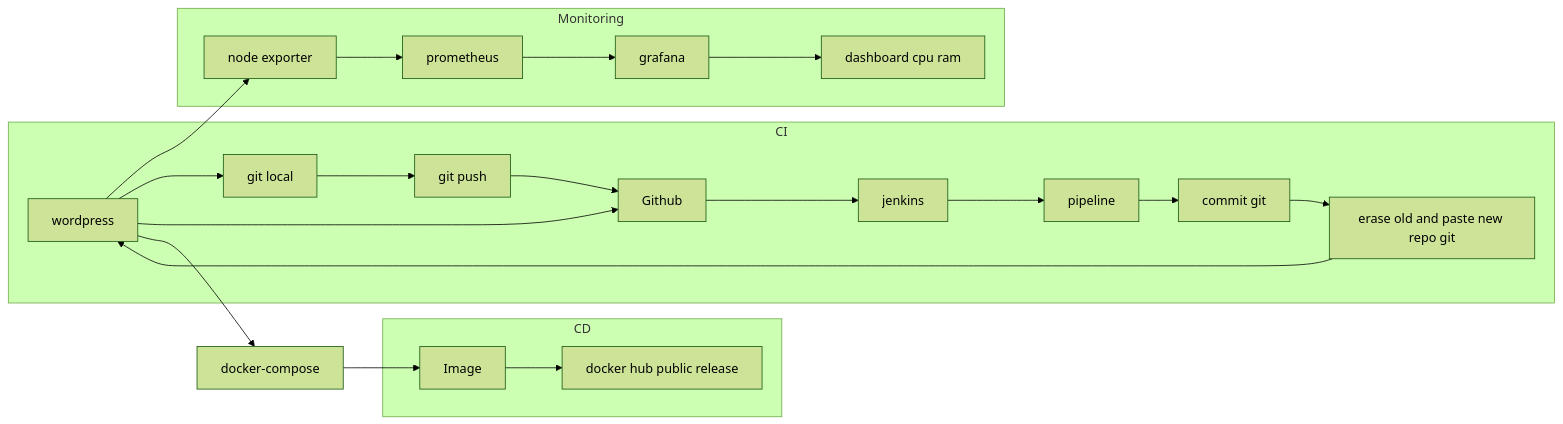
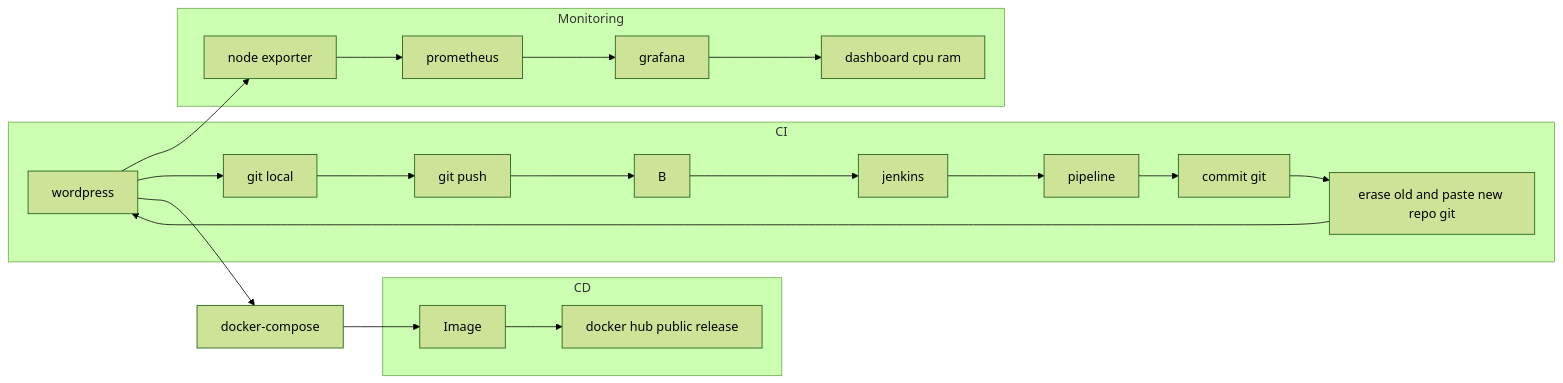
One commit to DanyAAD90/CICD_complete_from_scratch changed the diagram in README.md. Above: the diagram before and after it, drawn with Mermaid (forest theme).

````diff
--- a/README.md
+++ b/README.md
@@ -5,25 +5,24 @@
 ```mermaid
 flowchart LR
 A[wordpress] --> G[node exporter]
 subgraph CI
 A --> O[git local]
 O --> P[git push]
 P --> B
-A --> B[Github]
 B --> K[jenkins]
 K --> L[pipeline]
 L --> M[commit git]
 M --> N[erase old and paste new repo git]
 N --> A
 end
 subgraph Monitoring
 G --> H[prometheus]
 H --> I[grafana]
 I --> J[dashboard cpu ram]
 end
 A --> D[docker-compose]
 D --> E[Image]
 subgraph CD
 E --> F[docker hub public release]
 end
 ```
````
